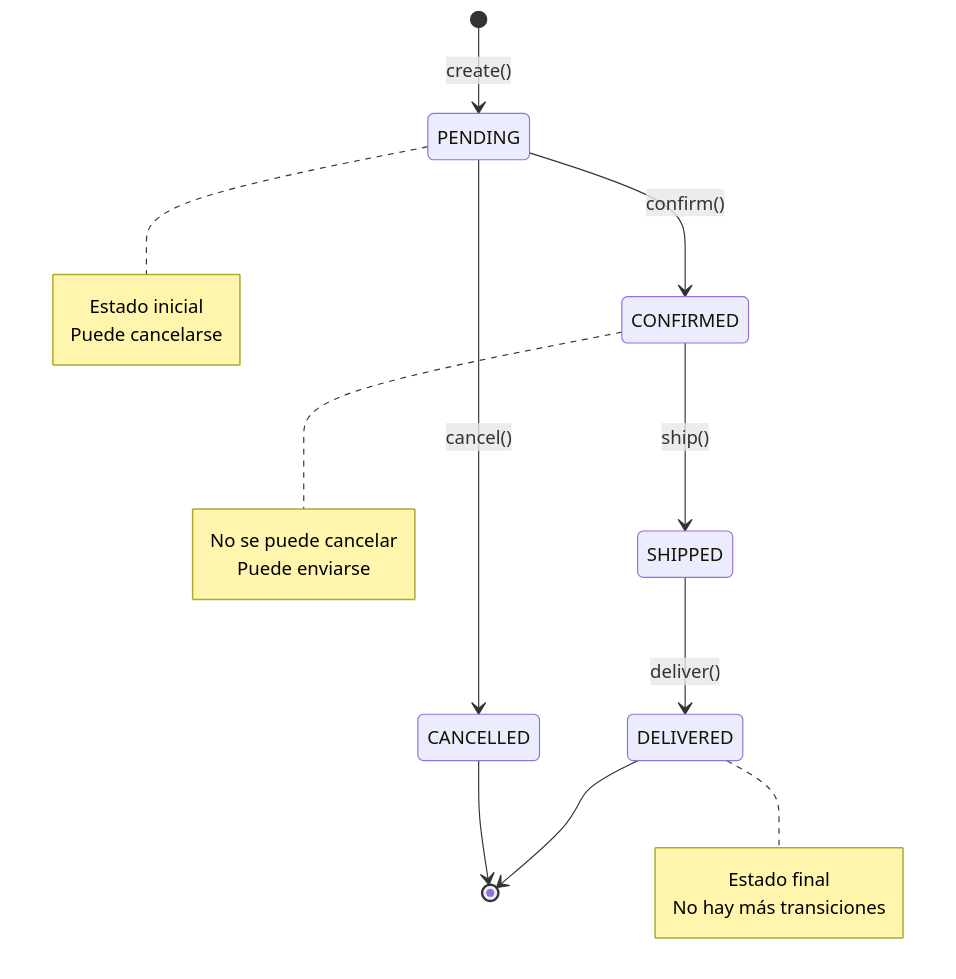
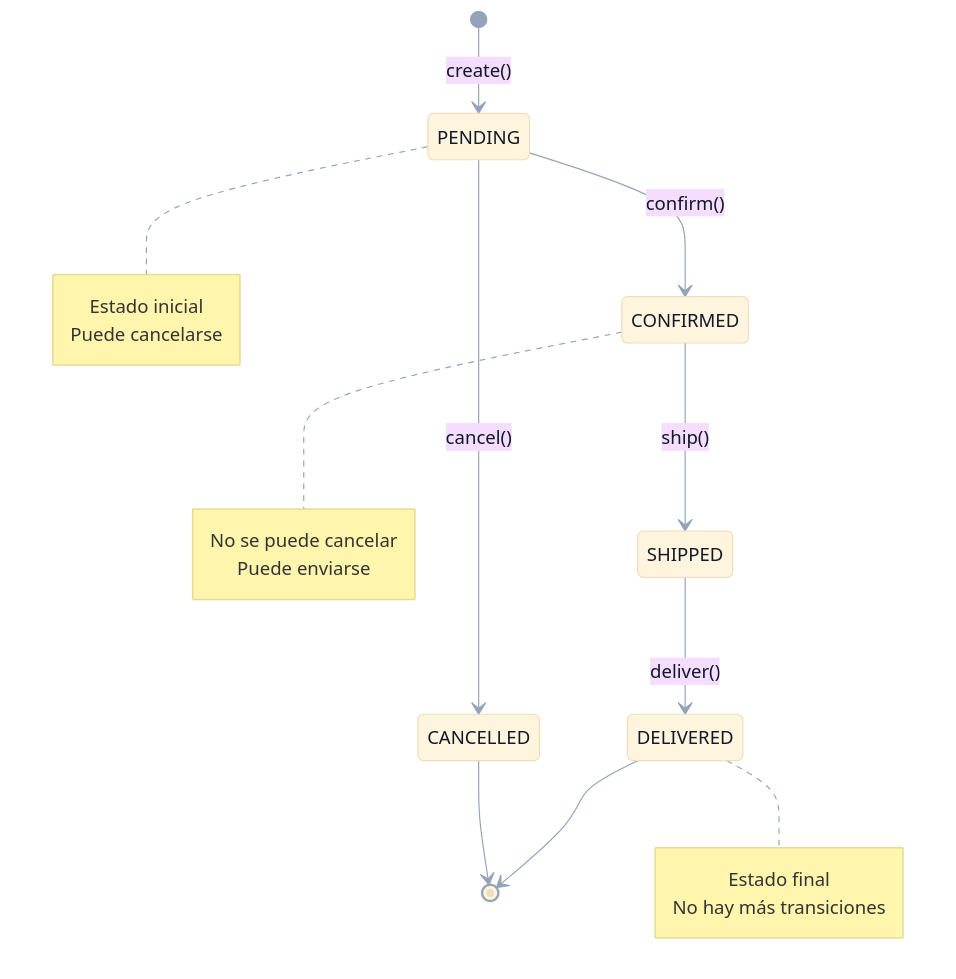
The fifth of 5 diagrams in hexagonal/README.md (VirtualCave/modern-architecture-patterns), drawn with Mermaid before and after one commit. The commit also changed other lines of this file and 4 other files, not shown here.

````diff
--- a/hexagonal/README.md
+++ b/hexagonal/README.md
@@ -186,25 +180,26 @@
 ```mermaid
+%%{init: {'theme':'base','themeVariables': {'background':'transparent','primaryTextColor':'#111827','lineColor':'#94A3B8'}}}%%
 stateDiagram-v2
     [*] --> PENDING: create()
     PENDING --> CONFIRMED: confirm()
     PENDING --> CANCELLED: cancel()
     CONFIRMED --> SHIPPED: ship()
     SHIPPED --> DELIVERED: deliver()
     DELIVERED --> [*]
     CANCELLED --> [*]
     
     note right of PENDING
         Estado inicial
         Puede cancelarse
     end note
     
     note right of CONFIRMED
         No se puede cancelar
         Puede enviarse
     end note
     
     note right of DELIVERED
         Estado final
         No hay más transiciones
     end note
 ```
````
